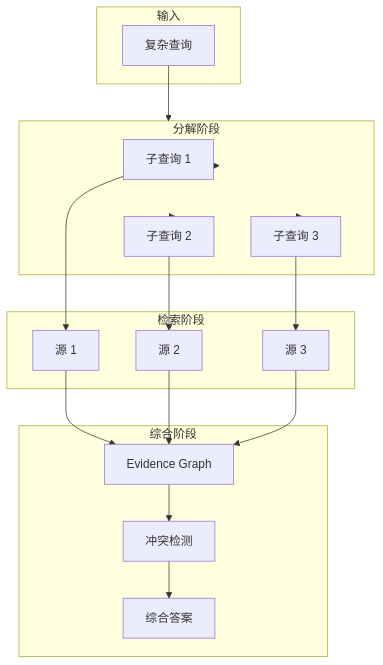
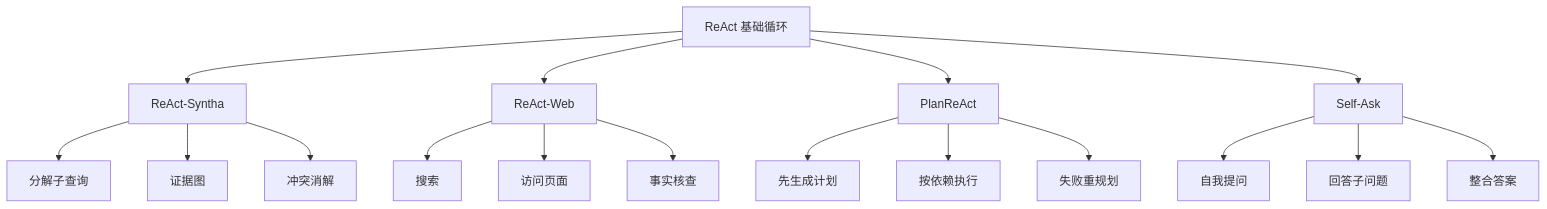
The fifth of 7 diagrams in docs/agent/reasoning/react-pattern.md (Shyu-x/frontend-interview), drawn with Mermaid before and after one commit. The commit also changed other lines of this file and 58 other files, not shown here.

````diff
--- a/docs/agent/reasoning/react-pattern.md
+++ b/docs/agent/reasoning/react-pattern.md
@@ -602,33 +747,19 @@
 ```mermaid
 flowchart TB
-    subgraph Input["输入"]
-        Q["复杂查询"]
-    end
-    
-    subgraph Decompose["分解阶段"]
-        S1["子查询 1"]
-        S2["子查询 2"]
-        S3["子查询 3"]
-    end
-    
-    subgraph Retrieve["检索阶段"]
-        R1["源 1"]
-        R2["源 2"]
-        R3["源 3"]
-    end
-    
-    subgraph Synthesize["综合阶段"]
-        EG["Evidence Graph"]
-        CD["冲突检测"]
-        A["综合答案"]
-    end
-    
-    Q --> Decompose
-    Decompose --> S1 & S2 & S3
-    S1 --> R1
-    S2 --> R2
-    S3 --> R3
-    R1 & R2 & R3 --> EG
-    EG --> CD
-    CD --> A
+    A["ReAct 基础循环"] --> B["ReAct-Syntha"]
+    A --> C["ReAct-Web"]
+    A --> D["PlanReAct"]
+    A --> E["Self-Ask"]
+    B --> B1["分解子查询"]
+    B --> B2["证据图"]
+    B --> B3["冲突消解"]
+    C --> C1["搜索"]
+    C --> C2["访问页面"]
+    C --> C3["事实核查"]
+    D --> D1["先生成计划"]
+    D --> D2["按依赖执行"]
+    D --> D3["失败重规划"]
+    E --> E1["自我提问"]
+    E --> E2["回答子问题"]
+    E --> E3["整合答案"]
 ```
````
